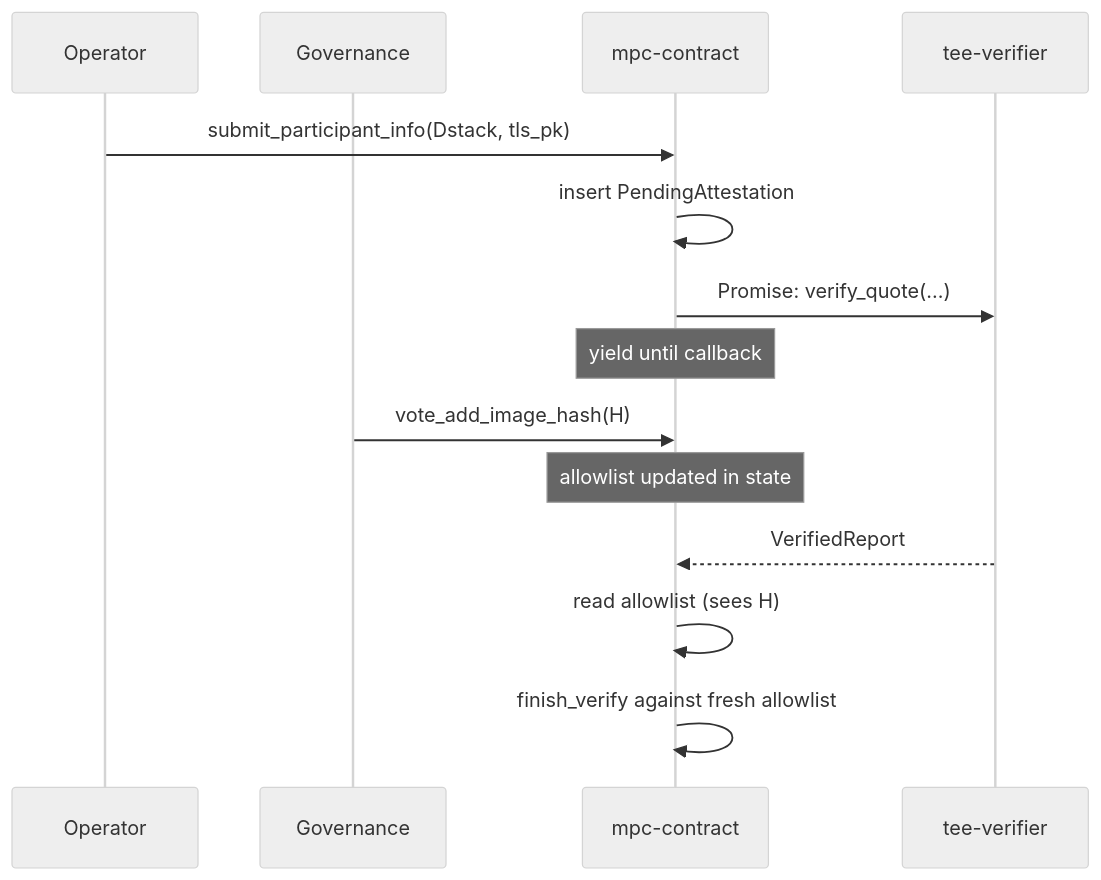
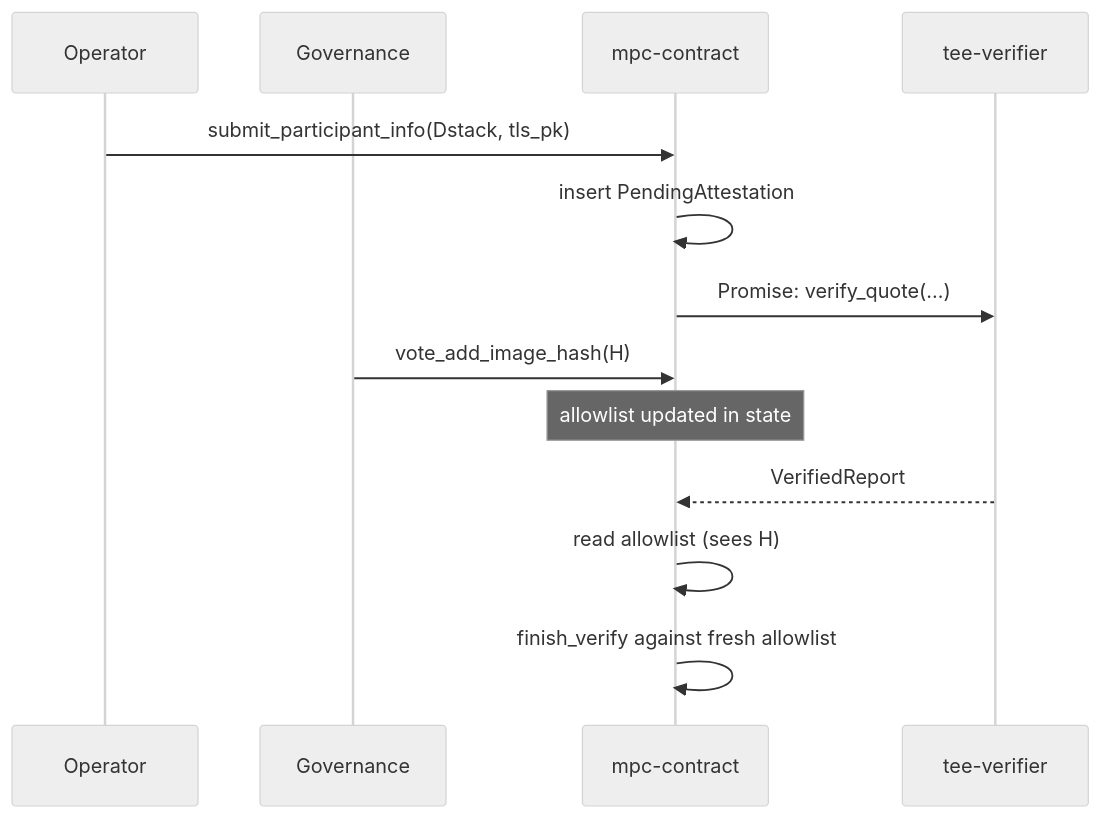
Before and after one commit to near/mpc: the fourth of 6 diagrams in docs/design/attestation-verifier-contract.md, drawn with Mermaid (neutral theme). The commit also changed other lines of this file, not shown here.

First line of the commit message:
docs(design): drop "yield" notes from sequence diagrams

````diff
--- a/docs/design/attestation-verifier-contract.md
+++ b/docs/design/attestation-verifier-contract.md
@@ -132,19 +131,18 @@
 ```mermaid
 sequenceDiagram
     participant Op as Operator
     participant Gov as Governance
     participant MPC as mpc-contract
     participant Ver as tee-verifier
 
     Op->>MPC: submit_participant_info(Dstack, tls_pk)
     MPC->>MPC: insert PendingAttestation
     MPC->>Ver: Promise: verify_quote(...)
-    Note over MPC: yield until callback
 
     Gov->>MPC: vote_add_image_hash(H)
     Note over MPC: allowlist updated in state
 
     Ver-->>MPC: VerifiedReport
     MPC->>MPC: read allowlist (sees H)
     MPC->>MPC: finish_verify against fresh allowlist
 ```
````
